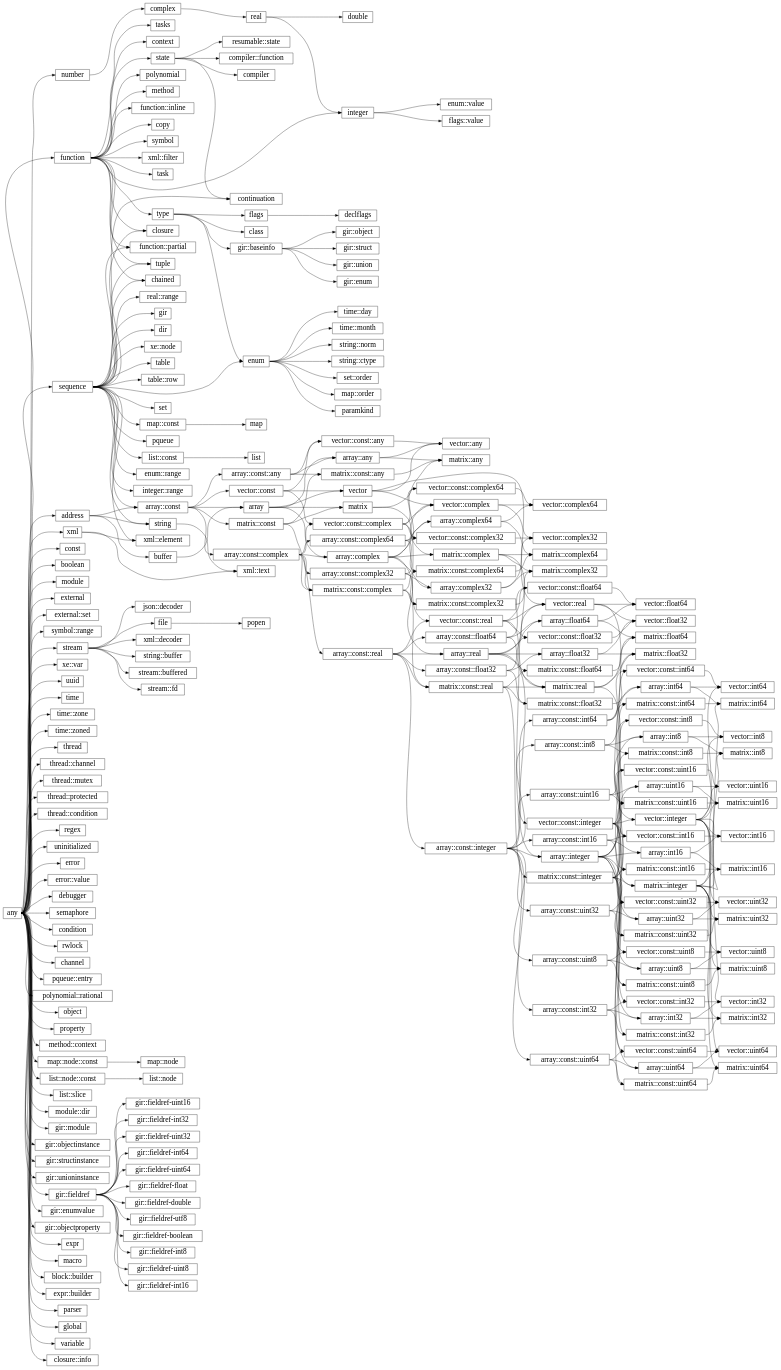
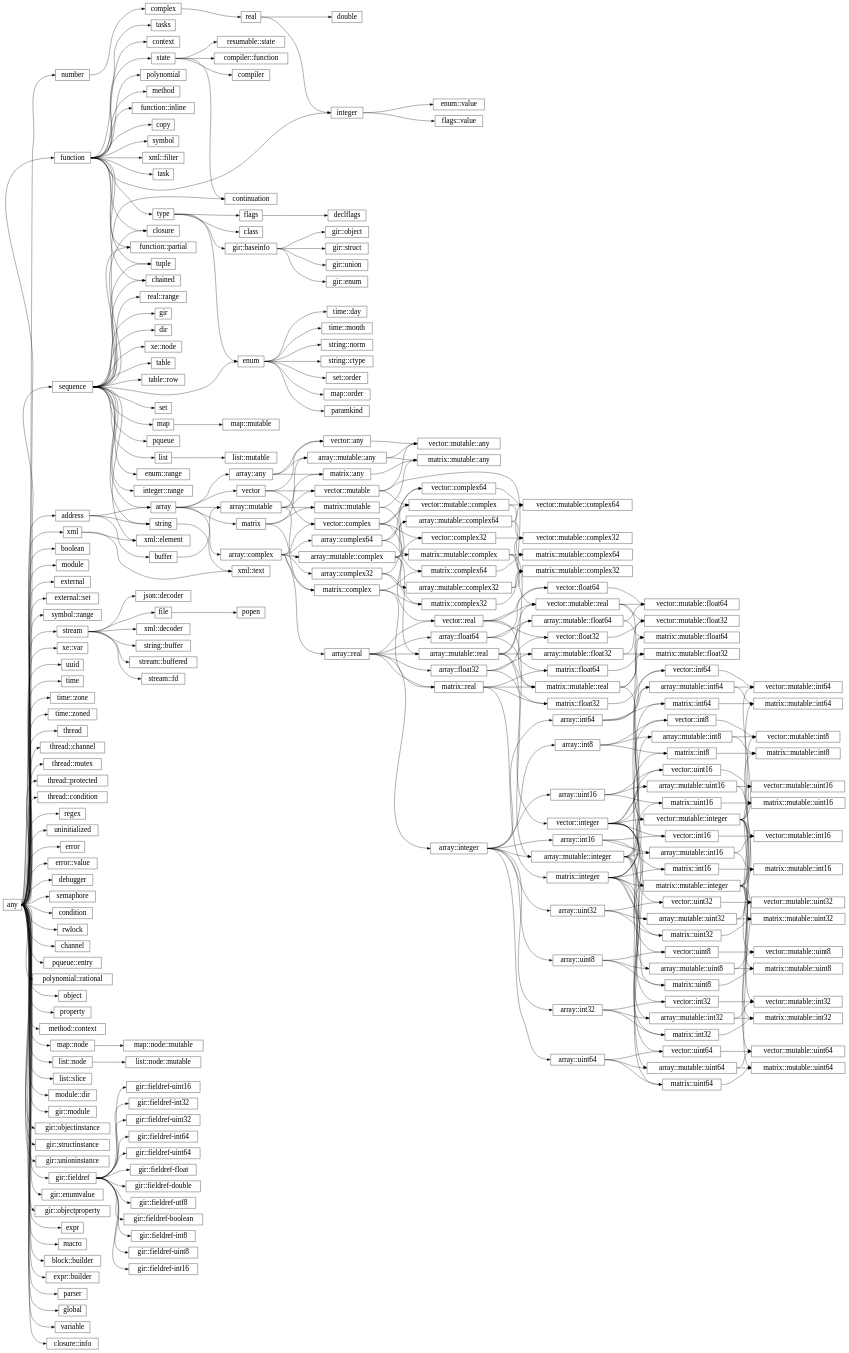
One commit to wrapl/minilang changed the diagram in docs/library/hierarchy.rst. Above: the diagram before and after it, drawn with Graphviz. The commit also changed 14 other files, not shown here.

```diff
--- a/docs/library/hierarchy.rst
+++ b/docs/library/hierarchy.rst
@@ -15,7 +15,6 @@
       "any":e -> "sequence":w;
       "any":e -> "function":w;
       "function":e -> "type":w;
-      "any":e -> "const":w;
       "function":e -> "copy":w;
       "function":e -> "function::partial":w;
       "sequence":e -> "function::partial":w;
@@ -100,15 +99,15 @@
       "sequence":e -> "real::range":w;
       "any":e -> "method::context":w;
       "function":e -> "method":w;
-      "sequence":e -> "map::const":w;
-      "map::const":e -> "map":w;
+      "sequence":e -> "map":w;
+      "map":e -> "map::mutable":w;
       "enum":e -> "map::order":w;
-      "any":e -> "map::node::const":w;
-      "map::node::const":e -> "map::node":w;
-      "sequence":e -> "list::const":w;
-      "list::const":e -> "list":w;
-      "any":e -> "list::node::const":w;
-      "list::node::const":e -> "list::node":w;
+      "any":e -> "map::node":w;
+      "map::node":e -> "map::node::mutable":w;
+      "sequence":e -> "list":w;
+      "list":e -> "list::mutable":w;
+      "any":e -> "list::node":w;
+      "list::node":e -> "list::node::mutable":w;
       "any":e -> "list::slice":w;
       "any":e -> "module::dir":w;
       "stream":e -> "json::decoder":w;
@@ -157,217 +156,217 @@
       "function":e -> "closure":w;
       "sequence":e -> "closure":w;
       "any":e -> "closure::info":w;
-      "address":e -> "array::const":w;
-      "sequence":e -> "array::const":w;
-      "array::const":e -> "array":w;
-      "buffer":e -> "array":w;
-      "array::const":e -> "vector::const":w;
-      "vector::const":e -> "vector":w;
+      "address":e -> "array":w;
+      "sequence":e -> "array":w;
+      "array":e -> "array::mutable":w;
+      "buffer":e -> "array::mutable":w;
       "array":e -> "vector":w;
-      "array::const":e -> "matrix::const":w;
-      "matrix::const":e -> "matrix":w;
+      "vector":e -> "vector::mutable":w;
+      "array::mutable":e -> "vector::mutable":w;
       "array":e -> "matrix":w;
-      "array::const":e -> "array::const::complex":w;
-      "array::const::complex":e -> "array::complex":w;
+      "matrix":e -> "matrix::mutable":w;
+      "array::mutable":e -> "matrix::mutable":w;
       "array":e -> "array::complex":w;
-      "array::const::complex":e -> "vector::const::complex":w;
-      "vector::const":e -> "vector::const::complex":w;
-      "vector::const::complex":e -> "vector::complex":w;
+      "array::complex":e -> "array::mutable::complex":w;
+      "array::mutable":e -> "array::mutable::complex":w;
       "array::complex":e -> "vector::complex":w;
       "vector":e -> "vector::complex":w;
-      "array::const::complex":e -> "matrix::const::complex":w;
-      "matrix::const":e -> "matrix::const::complex":w;
+      "vector::complex":e -> "vector::mutable::complex":w;
+      "array::mutable::complex":e -> "vector::mutable::complex":w;
+      "vector::mutable":e -> "vector::mutable::complex":w;
       "array::complex":e -> "matrix::complex":w;
       "matrix":e -> "matrix::complex":w;
-      "array::const::complex":e -> "array::const::real":w;
-      "array::const::real":e -> "array::real":w;
+      "array::mutable::complex":e -> "matrix::mutable::complex":w;
+      "matrix::mutable":e -> "matrix::mutable::complex":w;
       "array::complex":e -> "array::real":w;
-      "array::const::real":e -> "vector::const::real":w;
-      "vector::const::complex":e -> "vector::const::real":w;
-      "vector::const::real":e -> "vector::real":w;
+      "array::real":e -> "array::mutable::real":w;
+      "array::mutable::complex":e -> "array::mutable::real":w;
       "array::real":e -> "vector::real":w;
-      "vector":e -> "vector::real":w;
-      "array::const::real":e -> "matrix::const::real":w;
-      "matrix::const::complex":e -> "matrix::const::real":w;
-      "matrix::const::real":e -> "matrix::real":w;
+      "vector::complex":e -> "vector::real":w;
+      "vector::real":e -> "vector::mutable::real":w;
+      "array::mutable::real":e -> "vector::mutable::real":w;
+      "vector::mutable":e -> "vector::mutable::real":w;
       "array::real":e -> "matrix::real":w;
       "matrix::complex":e -> "matrix::real":w;
-      "array::const::real":e -> "array::const::integer":w;
-      "array::const::integer":e -> "array::integer":w;
+      "matrix::real":e -> "matrix::mutable::real":w;
+      "array::mutable::real":e -> "matrix::mutable::real":w;
+      "matrix::mutable::complex":e -> "matrix::mutable::real":w;
       "array::real":e -> "array::integer":w;
-      "vector::const::real":e -> "vector::const::integer":w;
-      "vector::const::integer":e -> "vector::integer":w;
+      "array::integer":e -> "array::mutable::integer":w;
+      "array::mutable::real":e -> "array::mutable::integer":w;
       "vector::real":e -> "vector::integer":w;
-      "matrix::const::real":e -> "matrix::const::integer":w;
-      "matrix::const::integer":e -> "matrix::integer":w;
+      "vector::integer":e -> "vector::mutable::integer":w;
+      "vector::mutable::real":e -> "vector::mutable::integer":w;
       "matrix::real":e -> "matrix::integer":w;
-      "array::const::integer":e -> "array::const::uint8":w;
-      "array::const::uint8":e -> "array::uint8":w;
+      "matrix::integer":e -> "matrix::mutable::integer":w;
+      "matrix::mutable::real":e -> "matrix::mutable::integer":w;
       "array::integer":e -> "array::uint8":w;
-      "vector::const::integer":e -> "vector::const::uint8":w;
-      "array::const::uint8":e -> "vector::const::uint8":w;
-      "vector::const::uint8":e -> "vector::uint8":w;
+      "array::uint8":e -> "array::mutable::uint8":w;
+      "array::mutable::integer":e -> "array::mutable::uint8":w;
       "vector::integer":e -> "vector::uint8":w;
       "array::uint8":e -> "vector::uint8":w;
-      "matrix::const::integer":e -> "matrix::const::uint8":w;
-      "array::const::uint8":e -> "matrix::const::uint8":w;
-      "matrix::const::uint8":e -> "matrix::uint8":w;
+      "vector::uint8":e -> "vector::mutable::uint8":w;
+      "vector::mutable::integer":e -> "vector::mutable::uint8":w;
+      "array::mutable::uint8":e -> "vector::mutable::uint8":w;
       "matrix::integer":e -> "matrix::uint8":w;
       "array::uint8":e -> "matrix::uint8":w;
-      "array::const::integer":e -> "array::const::int8":w;
-      "array::const::int8":e -> "array::int8":w;
+      "matrix::uint8":e -> "matrix::mutable::uint8":w;
+      "matrix::mutable::integer":e -> "matrix::mutable::uint8":w;
+      "array::mutable::uint8":e -> "matrix::mutable::uint8":w;
       "array::integer":e -> "array::int8":w;
-      "vector::const::integer":e -> "vector::const::int8":w;
-      "array::const::int8":e -> "vector::const::int8":w;
-      "vector::const::int8":e -> "vector::int8":w;
+      "array::int8":e -> "array::mutable::int8":w;
+      "array::mutable::integer":e -> "array::mutable::int8":w;
       "vector::integer":e -> "vector::int8":w;
       "array::int8":e -> "vector::int8":w;
-      "matrix::const::integer":e -> "matrix::const::int8":w;
-      "array::const::int8":e -> "matrix::const::int8":w;
-      "matrix::const::int8":e -> "matrix::int8":w;
+      "vector::int8":e -> "vector::mutable::int8":w;
+      "vector::mutable::integer":e -> "vector::mutable::int8":w;
+      "array::mutable::int8":e -> "vector::mutable::int8":w;
       "matrix::integer":e -> "matrix::int8":w;
       "array::int8":e -> "matrix::int8":w;
-      "array::const::integer":e -> "array::const::uint16":w;
-      "array::const::uint16":e -> "array::uint16":w;
+      "matrix::int8":e -> "matrix::mutable::int8":w;
+      "matrix::mutable::integer":e -> "matrix::mutable::int8":w;
+      "array::mutable::int8":e -> "matrix::mutable::int8":w;
       "array::integer":e -> "array::uint16":w;
-      "vector::const::integer":e -> "vector::const::uint16":w;
-      "array::const::uint16":e -> "vector::const::uint16":w;
-      "vector::const::uint16":e -> "vector::uint16":w;
+      "array::uint16":e -> "array::mutable::uint16":w;
+      "array::mutable::integer":e -> "array::mutable::uint16":w;
       "vector::integer":e -> "vector::uint16":w;
       "array::uint16":e -> "vector::uint16":w;
-      "matrix::const::integer":e -> "matrix::const::uint16":w;
-      "array::const::uint16":e -> "matrix::const::uint16":w;
-      "matrix::const::uint16":e -> "matrix::uint16":w;
+      "vector::uint16":e -> "vector::mutable::uint16":w;
+      "vector::mutable::integer":e -> "vector::mutable::uint16":w;
+      "array::mutable::uint16":e -> "vector::mutable::uint16":w;
       "matrix::integer":e -> "matrix::uint16":w;
       "array::uint16":e -> "matrix::uint16":w;
-      "array::const::integer":e -> "array::const::int16":w;
-      "array::const::int16":e -> "array::int16":w;
+      "matrix::uint16":e -> "matrix::mutable::uint16":w;
+      "matrix::mutable::integer":e -> "matrix::mutable::uint16":w;
+      "array::mutable::uint16":e -> "matrix::mutable::uint16":w;
       "array::integer":e -> "array::int16":w;
-      "vector::const::integer":e -> "vector::const::int16":w;
-      "array::const::int16":e -> "vector::const::int16":w;
-      "vector::const::int16":e -> "vector::int16":w;
+      "array::int16":e -> "array::mutable::int16":w;
+      "array::mutable::integer":e -> "array::mutable::int16":w;
       "vector::integer":e -> "vector::int16":w;
       "array::int16":e -> "vector::int16":w;
-      "matrix::const::integer":e -> "matrix::const::int16":w;
-      "array::const::int16":e -> "matrix::const::int16":w;
-      "matrix::const::int16":e -> "matrix::int16":w;
+      "vector::int16":e -> "vector::mutable::int16":w;
+      "vector::mutable::integer":e -> "vector::mutable::int16":w;
+      "array::mutable::int16":e -> "vector::mutable::int16":w;
       "matrix::integer":e -> "matrix::int16":w;
       "array::int16":e -> "matrix::int16":w;
-      "array::const::integer":e -> "array::const::uint32":w;
-      "array::const::uint32":e -> "array::uint32":w;
+      "matrix::int16":e -> "matrix::mutable::int16":w;
+      "matrix::mutable::integer":e -> "matrix::mutable::int16":w;
+      "array::mutable::int16":e -> "matrix::mutable::int16":w;
       "array::integer":e -> "array::uint32":w;
-      "vector::const::integer":e -> "vector::const::uint32":w;
-      "array::const::uint32":e -> "vector::const::uint32":w;
-      "vector::const::uint32":e -> "vector::uint32":w;
+      "array::uint32":e -> "array::mutable::uint32":w;
+      "array::mutable::integer":e -> "array::mutable::uint32":w;
       "vector::integer":e -> "vector::uint32":w;
       "array::uint32":e -> "vector::uint32":w;
-      "matrix::const::integer":e -> "matrix::const::uint32":w;
-      "array::const::uint32":e -> "matrix::const::uint32":w;
-      "matrix::const::uint32":e -> "matrix::uint32":w;
+      "vector::uint32":e -> "vector::mutable::uint32":w;
+      "vector::mutable::integer":e -> "vector::mutable::uint32":w;
+      "array::mutable::uint32":e -> "vector::mutable::uint32":w;
       "matrix::integer":e -> "matrix::uint32":w;
       "array::uint32":e -> "matrix::uint32":w;
-      "array::const::integer":e -> "array::const::int32":w;
-      "array::const::int32":e -> "array::int32":w;
+      "matrix::uint32":e -> "matrix::mutable::uint32":w;
+      "matrix::mutable::integer":e -> "matrix::mutable::uint32":w;
+      "array::mutable::uint32":e -> "matrix::mutable::uint32":w;
       "array::integer":e -> "array::int32":w;
-      "vector::const::integer":e -> "vector::const::int32":w;
-      "array::const::int32":e -> "vector::const::int32":w;
-      "vector::const::int32":e -> "vector::int32":w;
+      "array::int32":e -> "array::mutable::int32":w;
+      "array::mutable::integer":e -> "array::mutable::int32":w;
       "vector::integer":e -> "vector::int32":w;
       "array::int32":e -> "vector::int32":w;
-      "matrix::const::integer":e -> "matrix::const::int32":w;
-      "array::const::int32":e -> "matrix::const::int32":w;
-      "matrix::const::int32":e -> "matrix::int32":w;
+      "vector::int32":e -> "vector::mutable::int32":w;
+      "vector::mutable::integer":e -> "vector::mutable::int32":w;
+      "array::mutable::int32":e -> "vector::mutable::int32":w;
       "matrix::integer":e -> "matrix::int32":w;
       "array::int32":e -> "matrix::int32":w;
-      "array::const::integer":e -> "array::const::uint64":w;
-      "array::const::uint64":e -> "array::uint64":w;
+      "matrix::int32":e -> "matrix::mutable::int32":w;
+      "matrix::mutable::integer":e -> "matrix::mutable::int32":w;
+      "array::mutable::int32":e -> "matrix::mutable::int32":w;
       "array::integer":e -> "array::uint64":w;
-      "vector::const::integer":e -> "vector::const::uint64":w;
-      "array::const::uint64":e -> "vector::const::uint64":w;
-      "vector::const::uint64":e -> "vector::uint64":w;
+      "array::uint64":e -> "array::mutable::uint64":w;
+      "array::mutable::integer":e -> "array::mutable::uint64":w;
       "vector::integer":e -> "vector::uint64":w;
       "array::uint64":e -> "vector::uint64":w;
-      "matrix::const::integer":e -> "matrix::const::uint64":w;
-      "array::const::uint64":e -> "matrix::const::uint64":w;
-      "matrix::const::uint64":e -> "matrix::uint64":w;
+      "vector::uint64":e -> "vector::mutable::uint64":w;
+      "vector::mutable::integer":e -> "vector::mutable::uint64":w;
+      "array::mutable::uint64":e -> "vector::mutable::uint64":w;
       "matrix::integer":e -> "matrix::uint64":w;
       "array::uint64":e -> "matrix::uint64":w;
-      "array::const::integer":e -> "array::const::int64":w;
-      "array::const::int64":e -> "array::int64":w;
+      "matrix::uint64":e -> "matrix::mutable::uint64":w;
+      "matrix::mutable::integer":e -> "matrix::mutable::uint64":w;
+      "array::mutable::uint64":e -> "matrix::mutable::uint64":w;
       "array::integer":e -> "array::int64":w;
-      "vector::const::integer":e -> "vector::const::int64":w;
-      "array::const::int64":e -> "vector::const::int64":w;
-      "vector::const::int64":e -> "vector::int64":w;
+      "array::int64":e -> "array::mutable::int64":w;
+      "array::mutable::integer":e -> "array::mutable::int64":w;
       "vector::integer":e -> "vector::int64":w;
       "array::int64":e -> "vector::int64":w;
-      "matrix::const::integer":e -> "matrix::const::int64":w;
-      "array::const::int64":e -> "matrix::const::int64":w;
-      "matrix::const::int64":e -> "matrix::int64":w;
+      "vector::int64":e -> "vector::mutable::int64":w;
+      "vector::mutable::integer":e -> "vector::mutable::int64":w;
+      "array::mutable::int64":e -> "vector::mutable::int64":w;
       "matrix::integer":e -> "matrix::int64":w;
       "array::int64":e -> "matrix::int64":w;
-      "array::const::real":e -> "array::const::float32":w;
-      "array::const::float32":e -> "array::float32":w;
+      "matrix::int64":e -> "matrix::mutable::int64":w;
+      "matrix::mutable::integer":e -> "matrix::mutable::int64":w;
+      "array::mutable::int64":e -> "matrix::mutable::int64":w;
       "array::real":e -> "array::float32":w;
-      "vector::const::real":e -> "vector::const::float32":w;
-      "array::const::float32":e -> "vector::const::float32":w;
-      "vector::const::float32":e -> "vector::float32":w;
+      "array::float32":e -> "array::mutable::float32":w;
+      "array::mutable::real":e -> "array::mutable::float32":w;
       "vector::real":e -> "vector::float32":w;
       "array::float32":e -> "vector::float32":w;
-      "matrix::const::real":e -> "matrix::const::float32":w;
-      "array::const::float32":e -> "matrix::const::float32":w;
-      "matrix::const::float32":e -> "matrix::float32":w;
+      "vector::float32":e -> "vector::mutable::float32":w;
+      "vector::mutable::real":e -> "vector::mutable::float32":w;
+      "array::mutable::float32":e -> "vector::mutable::float32":w;
       "matrix::real":e -> "matrix::float32":w;
       "array::float32":e -> "matrix::float32":w;
-      "array::const::real":e -> "array::const::float64":w;
-      "array::const::float64":e -> "array::float64":w;
+      "matrix::float32":e -> "matrix::mutable::float32":w;
+      "matrix::mutable::real":e -> "matrix::mutable::float32":w;
+      "array::mutable::float32":e -> "matrix::mutable::float32":w;
       "array::real":e -> "array::float64":w;
-      "vector::const::real":e -> "vector::const::float64":w;
-      "array::const::float64":e -> "vector::const::float64":w;
-      "vector::const::float64":e -> "vector::float64":w;
+      "array::float64":e -> "array::mutable::float64":w;
+      "array::mutable::real":e -> "array::mutable::float64":w;
       "vector::real":e -> "vector::float64":w;
       "array::float64":e -> "vector::float64":w;
-      "matrix::const::real":e -> "matrix::const::float64":w;
-      "array::const::float64":e -> "matrix::const::float64":w;
-      "matrix::const::float64":e -> "matrix::float64":w;
+      "vector::float64":e -> "vector::mutable::float64":w;
+      "vector::mutable::real":e -> "vector::mutable::float64":w;
+      "array::mutable::float64":e -> "vector::mutable::float64":w;
       "matrix::real":e -> "matrix::float64":w;
       "array::float64":e -> "matrix::float64":w;
-      "array::const::complex":e -> "array::const::complex32":w;
-      "array::const::complex32":e -> "array::complex32":w;
+      "matrix::float64":e -> "matrix::mutable::float64":w;
+      "matrix::mutable::real":e -> "matrix::mutable::float64":w;
+      "array::mutable::float64":e -> "matrix::mutable::float64":w;
       "array::complex":e -> "array::complex32":w;
-      "vector::const::complex":e -> "vector::const::complex32":w;
-      "array::const::complex32":e -> "vector::const::complex32":w;
-      "vector::const::complex32":e -> "vector::complex32":w;
+      "array::complex32":e -> "array::mutable::complex32":w;
+      "array::mutable::complex":e -> "array::mutable::complex32":w;
       "vector::complex":e -> "vector::complex32":w;
       "array::complex32":e -> "vector::complex32":w;
-      "matrix::const::complex":e -> "matrix::const::complex32":w;
-      "array::const::complex32":e -> "matrix::const::complex32":w;
-      "matrix::const::complex32":e -> "matrix::complex32":w;
+      "vector::complex32":e -> "vector::mutable::complex32":w;
+      "vector::mutable::complex":e -> "vector::mutable::complex32":w;
+      "array::mutable::complex32":e -> "vector::mutable::complex32":w;
       "matrix::complex":e -> "matrix::complex32":w;
       "array::complex32":e -> "matrix::complex32":w;
-      "array::const::complex":e -> "array::const::complex64":w;
-      "array::const::complex64":e -> "array::complex64":w;
+      "matrix::complex32":e -> "matrix::mutable::complex32":w;
+      "matrix::mutable::complex":e -> "matrix::mutable::complex32":w;
+      "array::mutable::complex32":e -> "matrix::mutable::complex32":w;
       "array::complex":e -> "array::complex64":w;
-      "vector::const::complex":e -> "vector::const::complex64":w;
-      "array::const::complex64":e -> "vector::const::complex64":w;
-      "vector::const::complex64":e -> "vector::complex64":w;
+      "array::complex64":e -> "array::mutable::complex64":w;
+      "array::mutable::complex":e -> "array::mutable::complex64":w;
       "vector::complex":e -> "vector::complex64":w;
       "array::complex64":e -> "vector::complex64":w;
-      "matrix::const::complex":e -> "matrix::const::complex64":w;
-      "array::const::complex64":e -> "matrix::const::complex64":w;
-      "matrix::const::complex64":e -> "matrix::complex64":w;
+      "vector::complex64":e -> "vector::mutable::complex64":w;
+      "vector::mutable::complex":e -> "vector::mutable::complex64":w;
+      "array::mutable::complex64":e -> "vector::mutable::complex64":w;
       "matrix::complex":e -> "matrix::complex64":w;
       "array::complex64":e -> "matrix::complex64":w;
-      "array::const":e -> "array::const::any":w;
-      "array::const::any":e -> "array::any":w;
+      "matrix::complex64":e -> "matrix::mutable::complex64":w;
+      "matrix::mutable::complex":e -> "matrix::mutable::complex64":w;
+      "array::mutable::complex64":e -> "matrix::mutable::complex64":w;
       "array":e -> "array::any":w;
-      "vector::const":e -> "vector::const::any":w;
-      "array::const::any":e -> "vector::const::any":w;
-      "vector::const::any":e -> "vector::any":w;
+      "array::any":e -> "array::mutable::any":w;
+      "array::mutable":e -> "array::mutable::any":w;
       "vector":e -> "vector::any":w;
       "array::any":e -> "vector::any":w;
-      "matrix::const":e -> "matrix::const::any":w;
-      "array::const::any":e -> "matrix::const::any":w;
-      "matrix::const::any":e -> "matrix::any":w;
+      "vector::any":e -> "vector::mutable::any":w;
+      "vector::mutable":e -> "vector::mutable::any":w;
+      "array::mutable::any":e -> "vector::mutable::any":w;
       "matrix":e -> "matrix::any":w;
       "array::any":e -> "matrix::any":w;
+      "matrix::any":e -> "matrix::mutable::any":w;
+      "matrix::mutable":e -> "matrix::mutable::any":w;
+      "array::mutable::any":e -> "matrix::mutable::any":w;
    }
```
